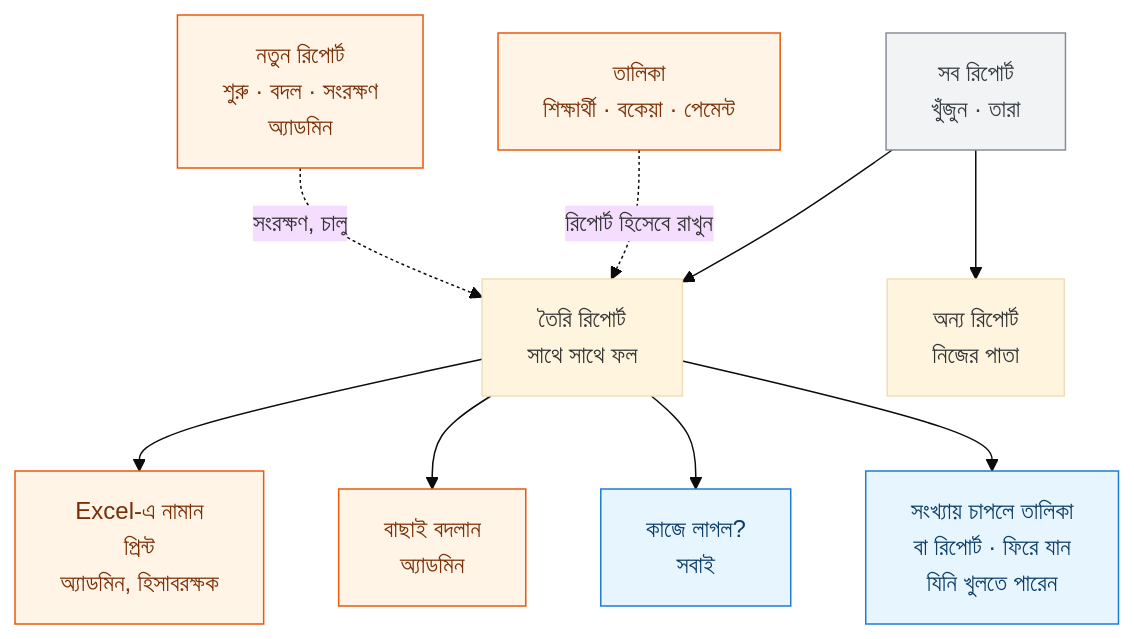
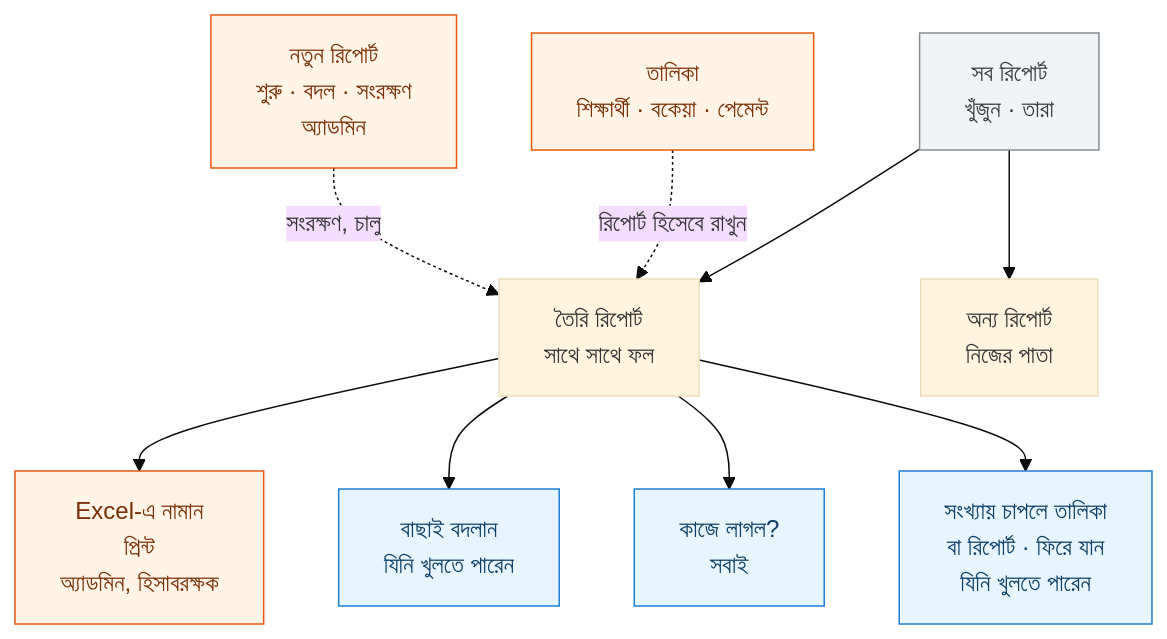
Before and after one commit to tareq89/biddaloy: the diagram in docs/user-guide/_diagrams/reports-hub-overview.bn.mmd, drawn with Mermaid (base theme). The commit also changed 23 other files, not shown here.

```diff
--- a/docs/user-guide/_diagrams/reports-hub-overview.bn.mmd
+++ b/docs/user-guide/_diagrams/reports-hub-overview.bn.mmd
@@ -1,14 +1,14 @@
 %% title: সব রিপোর্ট থেকে কে কী করতে পারেন
-%% desc: সব রিপোর্ট পাতা থেকে তৈরি রিপোর্ট বা অন্য রিপোর্ট খোলা যায়। ফল আসার পরে Excel-এ নামান ও প্রিন্ট অ্যাডমিন ও হিসাবরক্ষকের, বাছাই বদলানো অ্যাডমিনের, আর কাজে লাগল কি না জানানো সবার। শিক্ষার্থী, বকেয়া বা পেমেন্টের তালিকা থেকে অ্যাডমিন রিপোর্ট হিসেবে রাখতে পারেন, আর ডিজাইনারে নতুন রিপোর্টও বানাতে পারেন; দুটোই তৈরি রিপোর্টে আসে। রিপোর্টের সংখ্যায় চাপলে তালিকা বা অন্য রিপোর্ট খোলে, আর ফিরে যান চাপলে ফেরা যায়।
+%% desc: সব রিপোর্ট পাতা থেকে তৈরি রিপোর্ট বা অন্য রিপোর্ট খোলা যায়। ফল আসার পরে Excel-এ নামান ও প্রিন্ট অ্যাডমিন ও হিসাবরক্ষকের, আর বাছাই বদলানো ও কাজে লাগল কি না জানানো রিপোর্ট যিনি খুলতে পারেন তাঁর সবার। শিক্ষার্থী, বকেয়া বা পেমেন্টের তালিকা থেকে অ্যাডমিন রিপোর্ট হিসেবে রাখতে পারেন, আর ডিজাইনারে নতুন রিপোর্টও বানাতে পারেন; দুটোই তৈরি রিপোর্টে আসে। রিপোর্টের সংখ্যায় চাপলে তালিকা বা অন্য রিপোর্ট খোলে, আর ফিরে যান চাপলে ফেরা যায়।
 flowchart TD
   H["সব রিপোর্ট<br/>খুঁজুন · তারা"]:::note --> D["তৈরি রিপোর্ট<br/>সাথে সাথে ফল"]
   H --> C["অন্য রিপোর্ট<br/>নিজের পাতা"]
   D --> X["Excel-এ নামান<br/>প্রিন্ট<br/>অ্যাডমিন, হিসাবরক্ষক"]:::admin
-  D --> Q["বাছাই বদলান<br/>অ্যাডমিন"]:::admin
+  D --> Q["বাছাই বদলান<br/>যিনি খুলতে পারেন"]:::viewer
   D --> F["কাজে লাগল?<br/>সবাই"]:::viewer
   D --> G["সংখ্যায় চাপলে তালিকা<br/>বা রিপোর্ট · ফিরে যান<br/>যিনি খুলতে পারেন"]:::viewer
   L["তালিকা<br/>শিক্ষার্থী · বকেয়া · পেমেন্ট"]:::admin -.->|"রিপোর্ট হিসেবে রাখুন"| D
   N["নতুন রিপোর্ট<br/>শুরু · বদল · সংরক্ষণ<br/>অ্যাডমিন"]:::admin -.->|"সংরক্ষণ, চালু"| D
   classDef admin fill:#fff4e6,stroke:#e8590c,color:#7a2e05
   classDef viewer fill:#e7f5ff,stroke:#1c7ed6,color:#0b3d66
   classDef note fill:#f1f3f5,stroke:#868e96,color:#343a40
```
